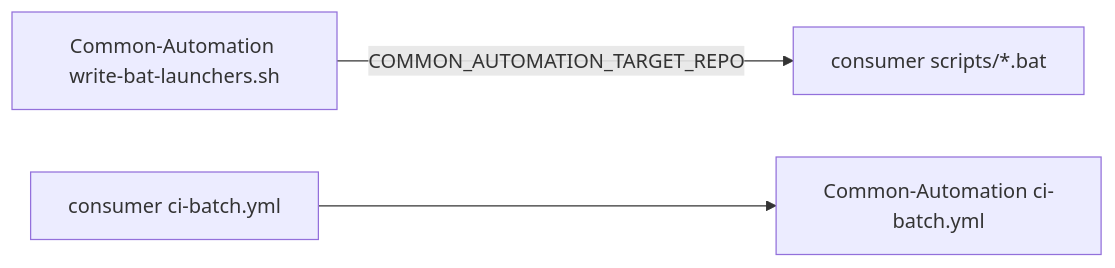
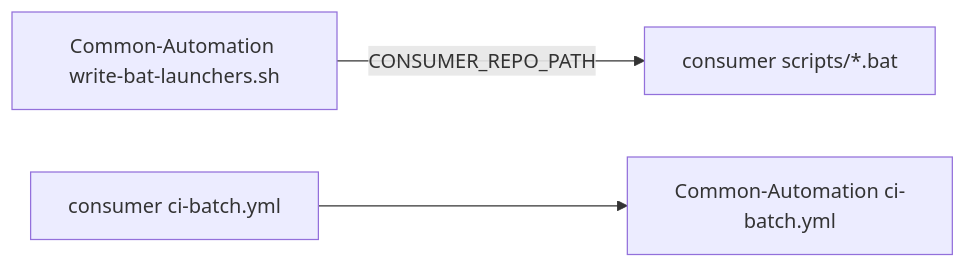
Before and after one commit to Klark-Morrigan/Common-Automation: the tenth of 10 diagrams in docs/dev/implementation/126-shared-bat-launcher/plan.md, drawn with Mermaid. The commit also changed other lines of this file and 24 other files, not shown here.

Commit message:
chore: rename COMMON_AUTOMATION_TARGET_REPO to CONSUMER_REPO_PATH

````diff
--- a/docs/dev/implementation/126-shared-bat-launcher/plan.md
+++ b/docs/dev/implementation/126-shared-bat-launcher/plan.md
@@ -626,5 +626,5 @@
 ```mermaid
 flowchart LR
-    writer[Common-Automation write-bat-launchers.sh] -- "COMMON_AUTOMATION_TARGET_REPO" --> consumer_launchers[consumer scripts/*.bat]
+    writer[Common-Automation write-bat-launchers.sh] -- "CONSUMER_REPO_PATH" --> consumer_launchers[consumer scripts/*.bat]
     caller[consumer ci-batch.yml] --> shared[Common-Automation ci-batch.yml]
 ```
````
